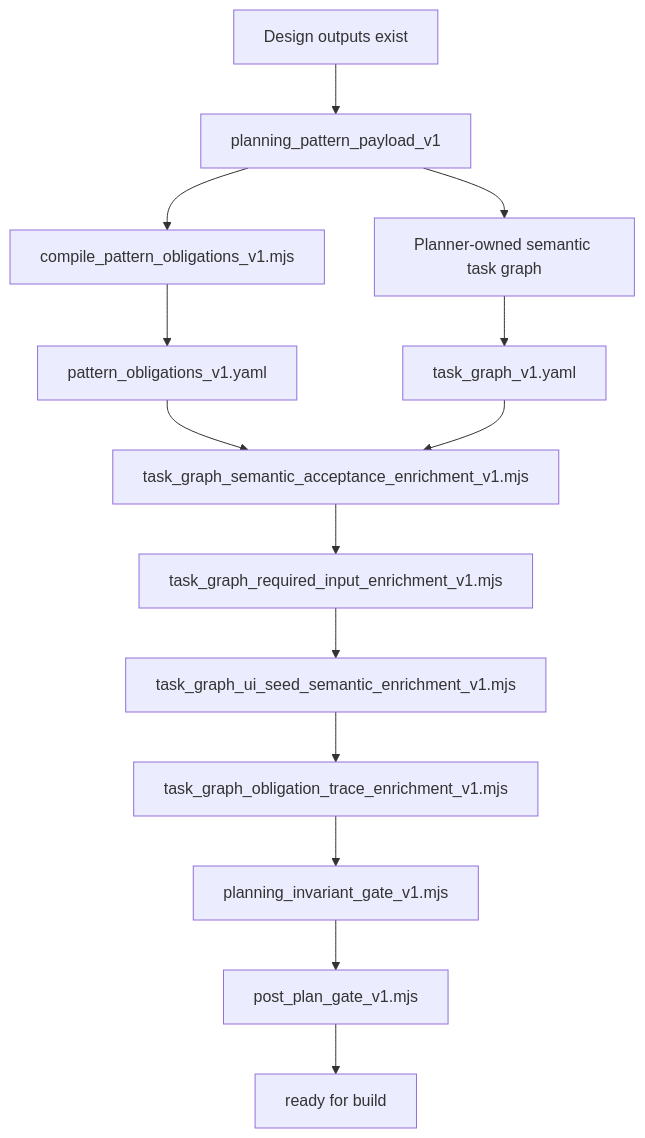
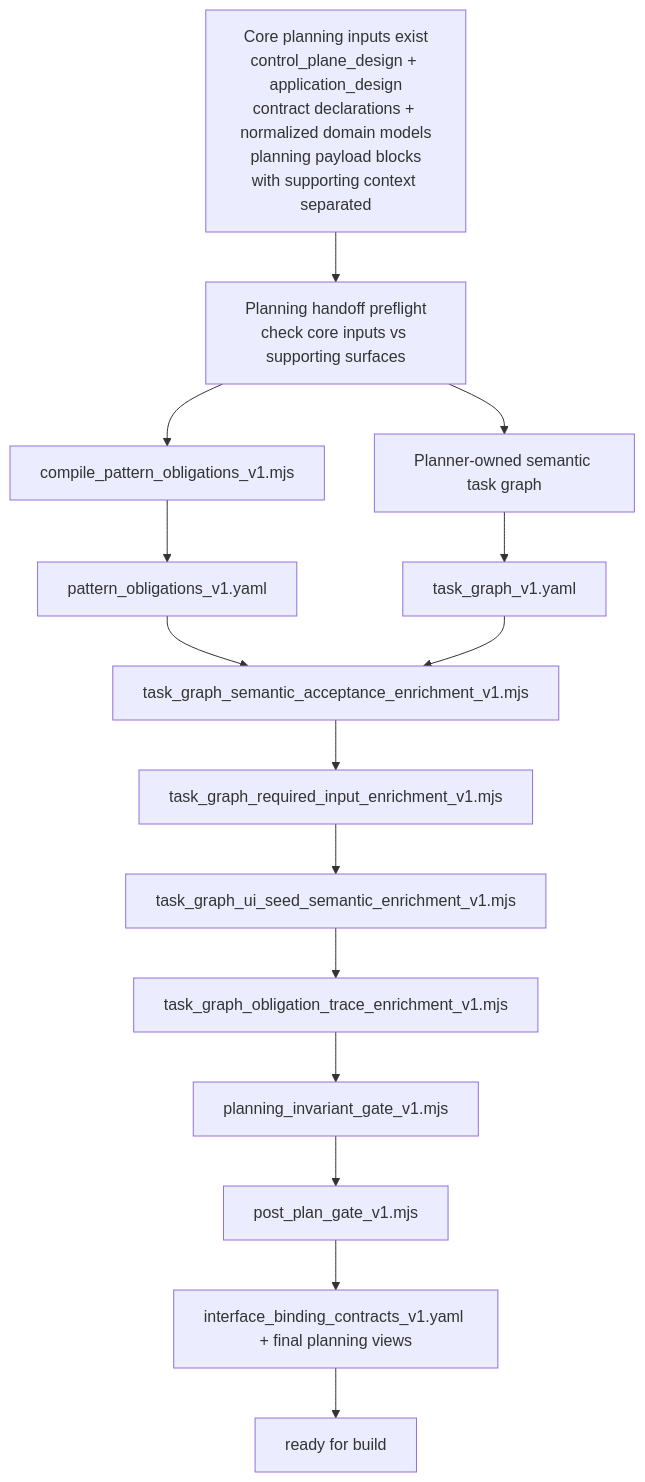
The diagram in docs/maintainer/diagrams/caf_plan_post_chain_v1.md (arylwen/caf), drawn with Mermaid before and after one commit. The commit also changed other lines of this file and 242 other files, not shown here.

````diff
--- a/docs/maintainer/diagrams/caf_plan_post_chain_v1.md
+++ b/docs/maintainer/diagrams/caf_plan_post_chain_v1.md
@@ -12,16 +12,22 @@
 ```mermaid
 flowchart TD
-    A[Design outputs exist] --> B[planning_pattern_payload_v1]
+    A[Core planning inputs exist
+control_plane_design + application_design
+contract declarations + normalized domain models
+planning payload blocks
+with supporting context separated] --> B[Planning handoff preflight
+check core inputs vs supporting surfaces]
     B --> C[compile_pattern_obligations_v1.mjs]
     B --> D[Planner-owned semantic task graph]
     C --> E[pattern_obligations_v1.yaml]
     D --> F[task_graph_v1.yaml]
     E --> G[task_graph_semantic_acceptance_enrichment_v1.mjs]
     F --> G
     G --> H[task_graph_required_input_enrichment_v1.mjs]
     H --> I[task_graph_ui_seed_semantic_enrichment_v1.mjs]
     I --> J[task_graph_obligation_trace_enrichment_v1.mjs]
     J --> K[planning_invariant_gate_v1.mjs]
     K --> L[post_plan_gate_v1.mjs]
-    L --> M[ready for build]
+    L --> M[interface_binding_contracts_v1.yaml + final planning views]
+    M --> N[ready for build]
 ```
````
